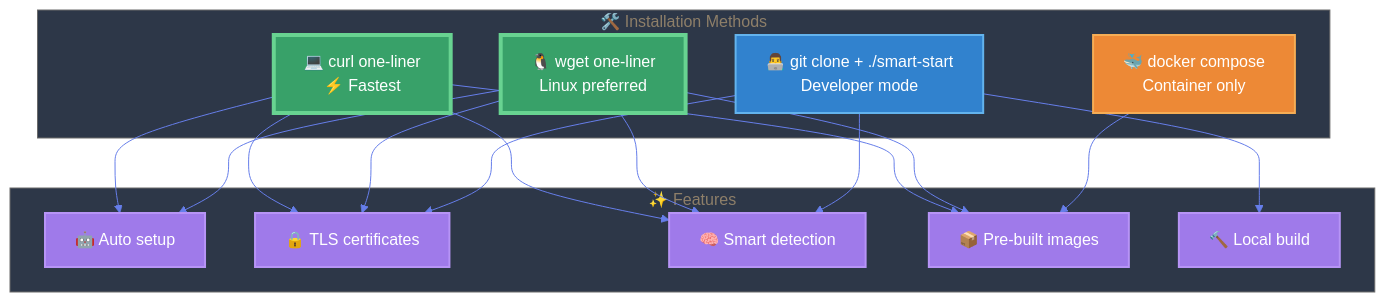
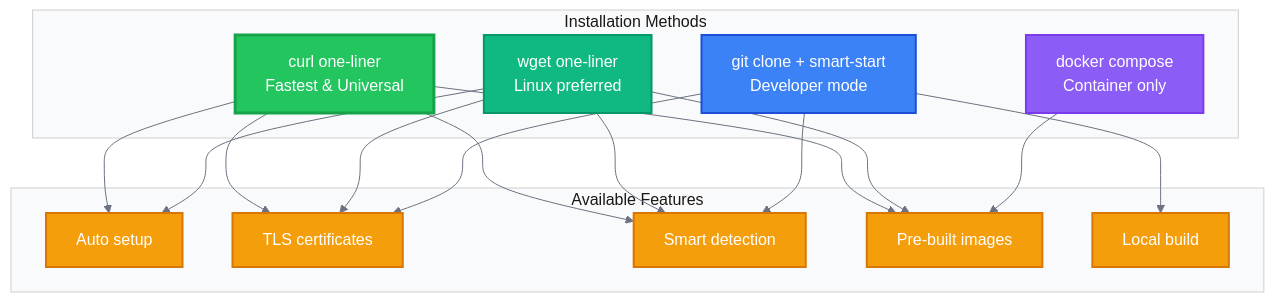
The fifth of 6 diagrams in docs/installation-flow.md (GraphDone/GraphDone-Core), drawn with Mermaid before and after one commit. The commit also changed other lines of this file, not shown here.

First line of the commit message:
🎨 Complete professional redesign of all Mermaid diagrams

````diff
--- a/docs/installation-flow.md
+++ b/docs/installation-flow.md
@@ -288,61 +287,62 @@
 ```mermaid
 %%{init: {
   'theme': 'base',
   'themeVariables': {
-    'primaryColor': '#2D3748',
-    'primaryTextColor': '#FFFFFF',
-    'primaryBorderColor': '#4A5568',
-    'lineColor': '#667EEA',
-    'secondaryColor': '#4A5568',
-    'tertiaryColor': '#718096',
-    'background': '#1A202C',
-    'mainBkg': '#2D3748',
-    'secondBkg': '#4A5568',
-    'tertiaryBkg': '#718096',
-    'clusterBkg': '#2D3748',
-    'altBackground': '#4A5568'
+    'primaryColor': '#FFFFFF',
+    'primaryTextColor': '#1F2937',
+    'primaryBorderColor': '#9CA3AF',
+    'lineColor': '#6B7280',
+    'secondaryColor': '#F3F4F6',
+    'tertiaryColor': '#E5E7EB',
+    'background': '#FFFFFF',
+    'mainBkg': '#FFFFFF',
+    'secondBkg': '#F9FAFB',
+    'tertiaryBkg': '#F3F4F6',
+    'clusterBkg': '#F9FAFB'
   }
 }}%%
 
 graph TD
-    subgraph Methods ["🛠️ Installation Methods"]
-        OneLineCurl[💻 curl one-liner<br/>⚡ Fastest]
-        OneLineWget[🐧 wget one-liner<br/>Linux preferred]
-        GitClone[👨‍💻 git clone + ./smart-start<br/>Developer mode]
-        Docker[🐳 docker compose<br/>Container only]
+    subgraph Methods ["Installation Methods"]
+        OneLineCurl[curl one-liner<br/>Fastest & Universal]
+        OneLineWget[wget one-liner<br/>Linux preferred]
+        GitClone[git clone + smart-start<br/>Developer mode]
+        Docker[docker compose<br/>Container only]
     end
     
-    subgraph Features ["✨ Features"]
-        AutoSetup[🤖 Auto setup]
-        TLSCerts[🔒 TLS certificates]
-        SmartDetect[🧠 Smart detection]
-        Registry[📦 Pre-built images]
-        LocalBuild[🔨 Local build]
+    subgraph Features ["Available Features"]
+        AutoSetup[Auto setup]
+        TLSCerts[TLS certificates]
+        SmartDetect[Smart detection]
+        Registry[Pre-built images]
+        LocalBuild[Local build]
     end
     
     OneLineCurl --> AutoSetup
     OneLineCurl --> TLSCerts
     OneLineCurl --> SmartDetect
     OneLineCurl --> Registry
     
     OneLineWget --> AutoSetup
     OneLineWget --> TLSCerts
     OneLineWget --> SmartDetect
     OneLineWget --> Registry
     
     GitClone --> SmartDetect
     GitClone --> LocalBuild
     GitClone --> TLSCerts
     
     Docker --> Registry
     
-    classDef recommendedStyle fill:#38A169,stroke:#68D391,stroke-width:4px,color:#FFFFFF
-    classDef devStyle fill:#3182CE,stroke:#63B3ED,stroke-width:2px,color:#FFFFFF
-    classDef containerStyle fill:#ED8936,stroke:#F6AD55,stroke-width:2px,color:#FFFFFF
-    classDef featureStyle fill:#9F7AEA,stroke:#B794F6,stroke-width:2px,color:#FFFFFF
+    classDef recommendedNode fill:#22C55E,stroke:#16A34A,stroke-width:3px,color:#FFFFFF
+    classDef alternativeNode fill:#10B981,stroke:#059669,stroke-width:2px,color:#FFFFFF
+    classDef devNode fill:#3B82F6,stroke:#1D4ED8,stroke-width:2px,color:#FFFFFF
+    classDef containerNode fill:#8B5CF6,stroke:#7C3AED,stroke-width:2px,color:#FFFFFF
+    classDef featureNode fill:#F59E0B,stroke:#D97706,stroke-width:2px,color:#FFFFFF
     
-    class OneLineCurl,OneLineWget recommendedStyle
-    class GitClone devStyle
-    class Docker containerStyle
-    class AutoSetup,TLSCerts,SmartDetect,Registry,LocalBuild featureStyle
+    class OneLineCurl recommendedNode
+    class OneLineWget alternativeNode
+    class GitClone devNode
+    class Docker containerNode
+    class AutoSetup,TLSCerts,SmartDetect,Registry,LocalBuild featureNode
 ```
````
